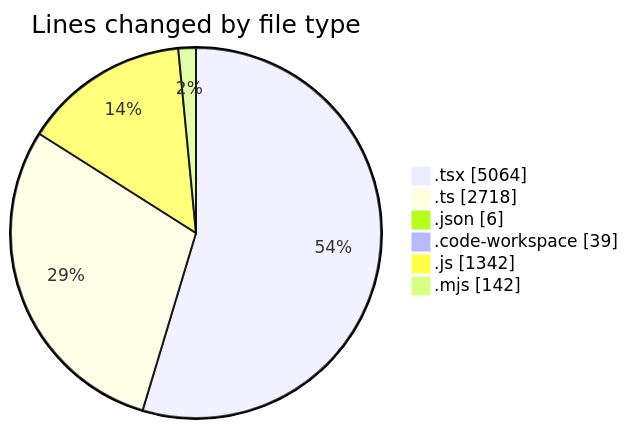
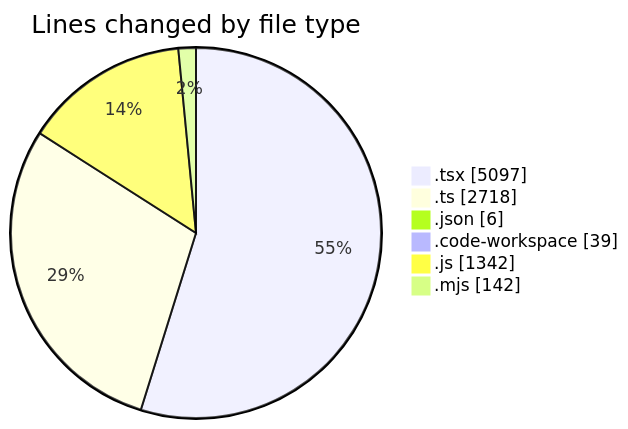
The first of 2 diagrams in 2025-10-08/eventscop-frontend-guide__workspace_/README.md (julien-gomy/code-tracking), drawn with Mermaid before and after one commit. The commit also changed other lines of this file and 1 other file, not shown here.

````diff
--- a/2025-10-08/eventscop-frontend-guide__workspace_/README.md
+++ b/2025-10-08/eventscop-frontend-guide__workspace_/README.md
@@ -60,10 +61,10 @@
 ```mermaid
 pie showData
 title Lines changed by file type
-".tsx" : 5064
+".tsx" : 5097
 ".ts" : 2718
 ".json" : 6
 ".code-workspace" : 39
 ".js" : 1342
 ".mjs" : 142
 ```
````
